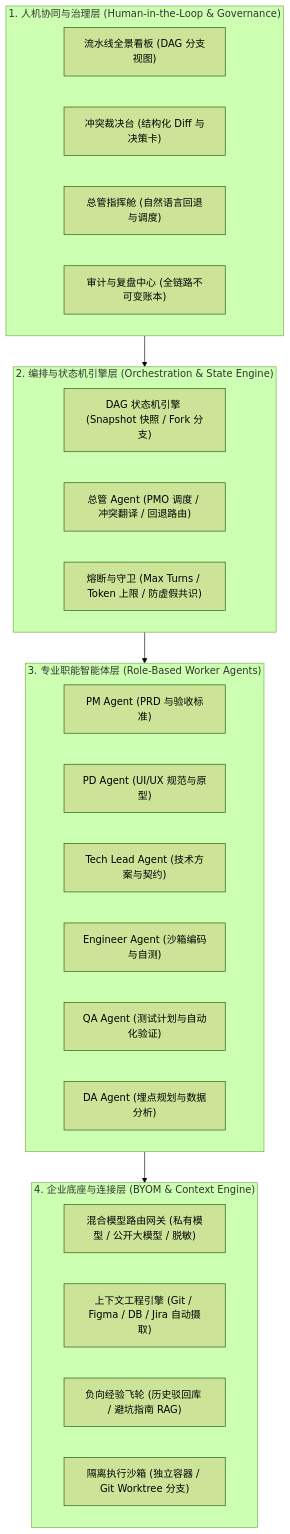
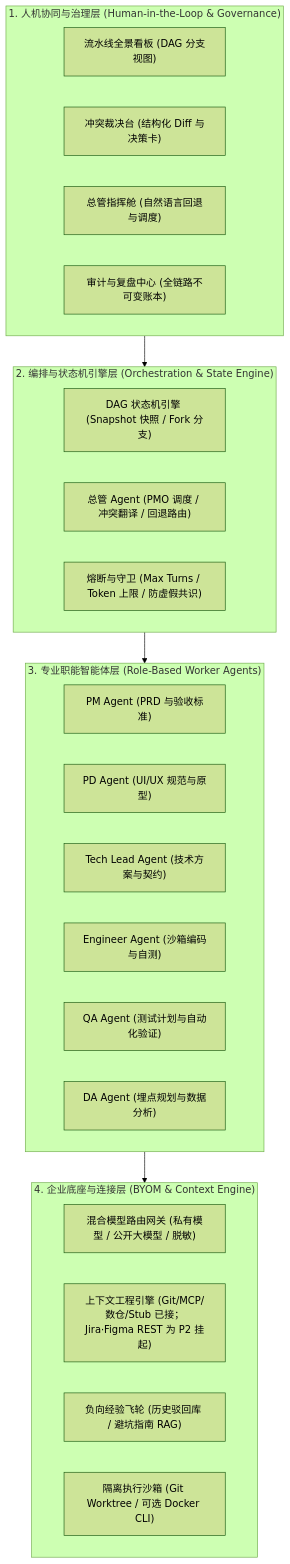
One commit to donle/agentic-sdlc-os changed the first of 2 diagrams in docs/SYSTEM_DESIGN_REPORT.md. Above: the diagram before and after it, drawn with Mermaid (forest theme). The commit also changed other lines of this file and 58 other files, not shown here.

````diff
--- a/docs/SYSTEM_DESIGN_REPORT.md
+++ b/docs/SYSTEM_DESIGN_REPORT.md
@@ -14,35 +21,35 @@
 ```mermaid
 flowchart TB
     subgraph L1["1. 人机协同与治理层 (Human-in-the-Loop & Governance)"]
         UI1["流水线全景看板 (DAG 分支视图)"]
         UI2["冲突裁决台 (结构化 Diff 与决策卡)"]
         UI3["总管指挥舱 (自然语言回退与调度)"]
         UI4["审计与复盘中心 (全链路不可变账本)"]
     end
 
     subgraph L2["2. 编排与状态机引擎层 (Orchestration & State Engine)"]
         SM["DAG 状态机引擎 (Snapshot 快照 / Fork 分支)"]
         SUP["总管 Agent (PMO 调度 / 冲突翻译 / 回退路由)"]
         GUARD["熔断与守卫 (Max Turns / Token 上限 / 防虚假共识)"]
     end
 
     subgraph L3["3. 专业职能智能体层 (Role-Based Worker Agents)"]
         PM["PM Agent (PRD 与验收标准)"]
         PD["PD Agent (UI/UX 规范与原型)"]
         ARCH["Tech Lead Agent (技术方案与契约)"]
         ENG["Engineer Agent (沙箱编码与自测)"]
         QA["QA Agent (测试计划与自动化验证)"]
         DA["DA Agent (埋点规划与数据分析)"]
     end
 
     subgraph L4["4. 企业底座与连接层 (BYOM & Context Engine)"]
         ROUTER["混合模型路由网关 (私有模型 / 公开大模型 / 脱敏)"]
-        CTX["上下文工程引擎 (Git / Figma / DB / Jira 自动摄取)"]
+        CTX["上下文工程引擎 (Git/MCP/数仓/Stub 已接；Jira·Figma REST 为 P2 挂起)"]
         FLY["负向经验飞轮 (历史驳回库 / 避坑指南 RAG)"]
-        SANDBOX["隔离执行沙箱 (独立容器 / Git Worktree 分支)"]
+        SANDBOX["隔离执行沙箱 (Git Worktree / 可选 Docker CLI)"]
     end
 
     L1 --> L2
     L2 --> L3
     L3 --> L4
 ```
````
